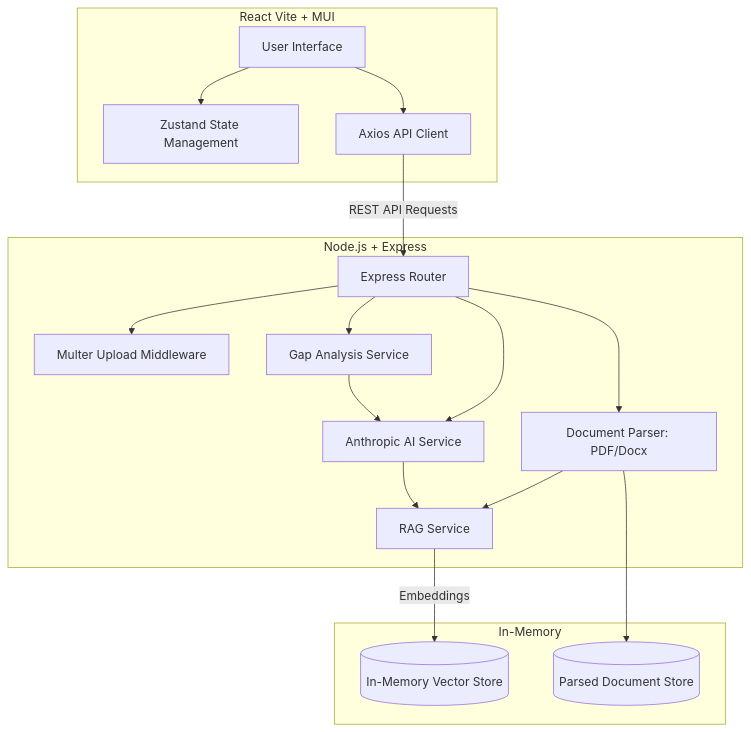
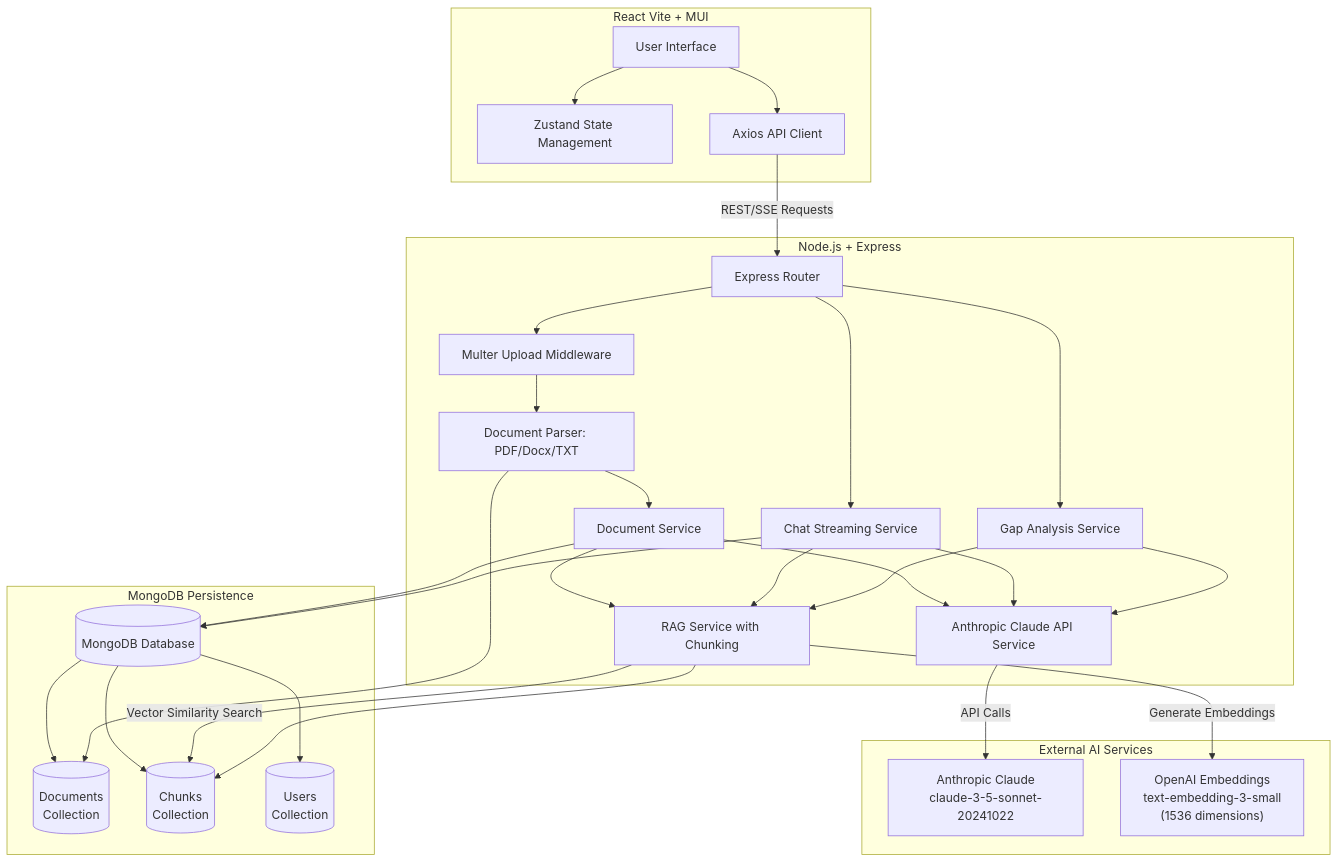
Before and after one commit to Jaytru1997/compliance-analyzer: the diagram in guides/architecture.md, drawn with Mermaid. The commit also changed other lines of this file and 21 other files, not shown here.

````diff
--- a/guides/architecture.md
+++ b/guides/architecture.md
@@ -7,36 +7,57 @@
 ```mermaid
 graph TD
     subgraph Frontend [React Vite + MUI]
         UI[User Interface]
         State[Zustand State Management]
         API_Client[Axios API Client]
         UI --> State
         UI --> API_Client
     end
 
     subgraph Backend [Node.js + Express]
         Router[Express Router]
         Upload[Multer Upload Middleware]
-        Parser[Document Parser: PDF/Docx]
-        RAG[RAG Service]
-        AI_Service[Anthropic AI Service]
+        Parser[Document Parser: PDF/Docx/TXT]
+        DocService[Document Service]
+        RAG[RAG Service with Chunking]
+        AI_Service[Anthropic Claude API Service]
         GapAnalysis[Gap Analysis Service]
+        ChatStream[Chat Streaming Service]
         
         Router --> Upload
-        Router --> Parser
-        Parser --> RAG
-        Router --> AI_Service
+        Upload --> Parser
+        Parser --> DocService
+        DocService --> RAG
+        DocService --> AI_Service
+        Router --> ChatStream
+        ChatStream --> RAG
+        ChatStream --> AI_Service
         Router --> GapAnalysis
         GapAnalysis --> AI_Service
-        AI_Service --> RAG
+        GapAnalysis --> RAG
     end
 
-    subgraph Storage [In-Memory]
-        VectorStore[(In-Memory Vector Store)]
-        DocStore[(Parsed Document Store)]
+    subgraph External_Services [External AI Services]
+        Claude["Anthropic Claude<br/>claude-3-5-sonnet-20241022"]
+        OpenAI["OpenAI Embeddings<br/>text-embedding-3-small<br/>(1536 dimensions)"]
     end
 
-    API_Client -->|REST API Requests| Router
-    RAG -->|Embeddings| VectorStore
-    Parser --> DocStore
+    subgraph Storage [MongoDB Persistence]
+        MongoDB[(MongoDB Database)]
+        Documents[(Documents<br/>Collection)]
+        Chunks[(Chunks<br/>Collection)]
+        Users[(Users<br/>Collection)]
+        MongoDB --> Documents
+        MongoDB --> Chunks
+        MongoDB --> Users
+    end
+
+    API_Client -->|REST/SSE Requests| Router
+    RAG -->|Generate Embeddings| OpenAI
+    RAG -->|Vector Similarity Search| Chunks
+    AI_Service -->|API Calls| Claude
+    Parser --> Documents
+    RAG --> Chunks
+    DocService --> MongoDB
+    ChatStream --> MongoDB
 ```
````
